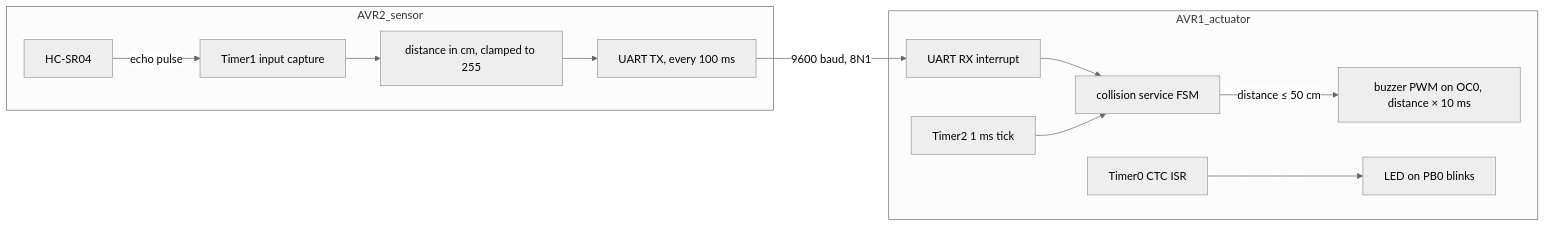
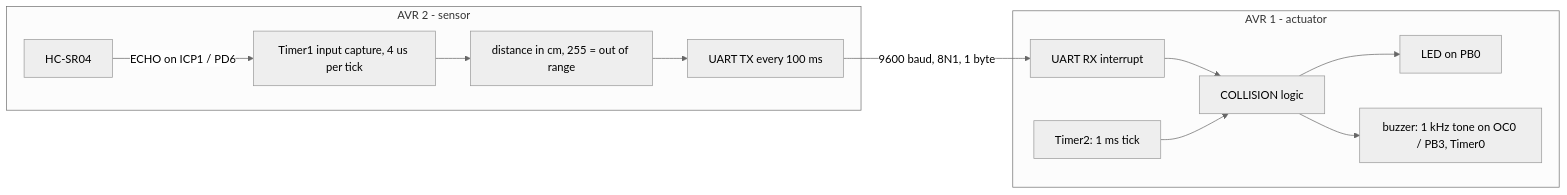
The diagram in README.md (abdelrahmansherifmedhat1134/asurt-collision-avoidance-avr), drawn with Mermaid (neutral theme) before and after one commit. The commit also changed other lines of this file and 48 other files, not shown here.

````diff
--- a/README.md
+++ b/README.md
@@ -9,15 +16,15 @@
 ```mermaid
 flowchart LR
-  subgraph S[AVR2_sensor]
-    US[HC-SR04] -->|echo pulse| IC[Timer1 input capture]
-    IC --> D[distance in cm, clamped to 255]
-    D --> TX[UART TX, every 100 ms]
+  subgraph S[AVR 2 - sensor]
+    US[HC-SR04] -->|ECHO on ICP1 / PD6| IC[Timer1 input capture, 4 us per tick]
+    IC --> D[distance in cm, 255 = out of range]
+    D --> TX[UART TX every 100 ms]
   end
-  subgraph A[AVR1_actuator]
-    RX[UART RX interrupt] --> FSM[collision service FSM]
-    FSM -->|distance ≤ 50 cm| BZ[buzzer PWM on OC0, distance × 10 ms]
-    T2[Timer2 1 ms tick] --> FSM
-    T0[Timer0 CTC ISR] --> LED[LED on PB0 blinks]
+  subgraph A[AVR 1 - actuator]
+    RX[UART RX interrupt] --> C[COLLISION logic]
+    T2[Timer2: 1 ms tick] --> C
+    C --> LED[LED on PB0]
+    C --> BZ[buzzer: 1 kHz tone on OC0 / PB3, Timer0]
   end
-  TX -->|9600 baud, 8N1| RX
+  TX -->|9600 baud, 8N1, 1 byte| RX
 ```
````
